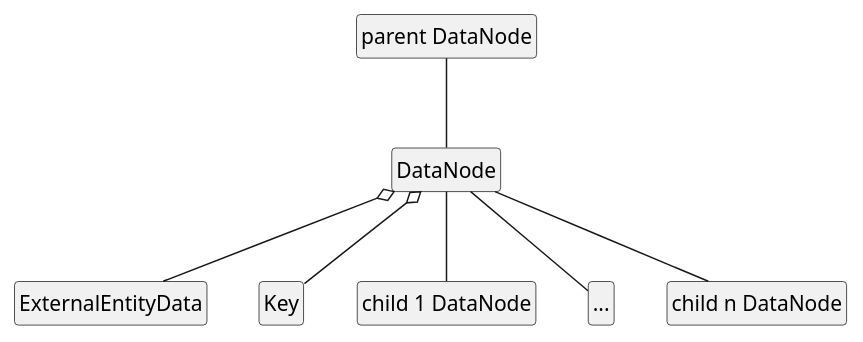
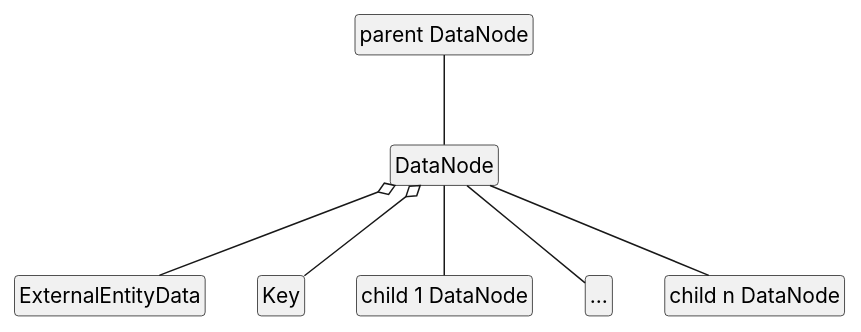
One commit to JetBrains/intellij-sdk-docs changed the first of 4 diagrams in topics/reference_guide/frameworks_and_external_apis/external_system_integration.md. Above: the diagram before and after it, drawn with PlantUML. The commit also changed other lines of this file and 3 other files, not shown here.

Commit message:
Check different available fonts on diagrams

````diff
--- a/topics/reference_guide/frameworks_and_external_apis/external_system_integration.md
+++ b/topics/reference_guide/frameworks_and_external_apis/external_system_integration.md
@@ -45,29 +33,29 @@
 ```plantuml
 @startuml
 
-skinparam DefaultFontName Roboto Mono,sans-serif
+skinparam DefaultFontName Inter,sans-serif
 skinparam DefaultFontSize 14
 hide empty members
 hide circle
 
 class "parent DataNode" as parent
 class DataNode
 together {
   class "child n DataNode" as child3
   class "..." as child2
   class "child 1 DataNode" as child1
   class Key
   class ExternalEntityData
 }
 
 ' Define the class relationships
 parent -- DataNode
 
 ExternalEntityData --o DataNode
 Key --o DataNode
 DataNode -- child1
 DataNode -- child2
 DataNode -- child3
 
 @enduml
 ```
````
